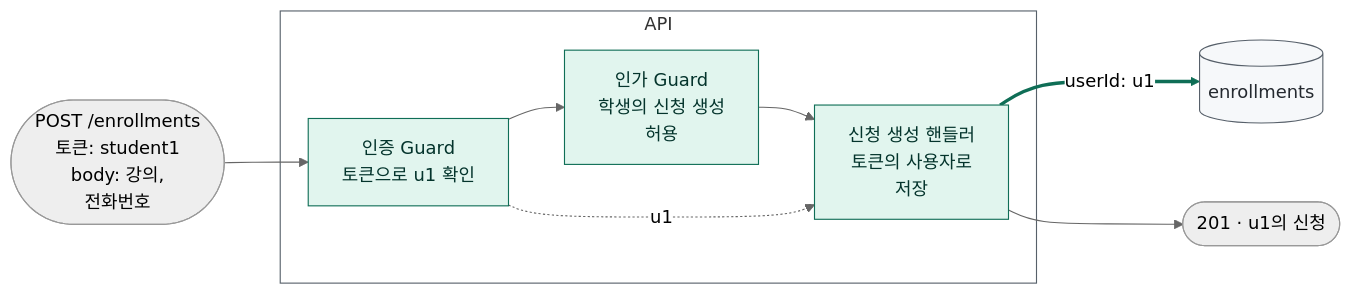
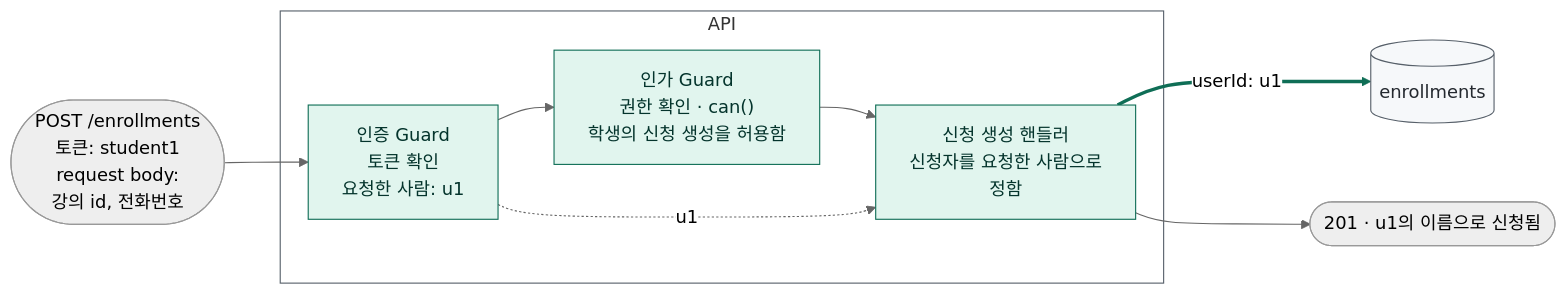
The fourth of 4 diagrams in docs/diagnosis/defect-8.md (loquemedalagana/secure-enroll-demo), drawn with Mermaid (neutral theme) before and after one commit. The commit also changed other lines of this file, not shown here.

Commit message:
docs: 결함 8 보고서 원인 그림과 조치 뒤 그림의 글자를 고침
'body'는 'request body'로, 'u2의 신청'은 기준 문서의 'u2의 이름으로 신청됨'으로 고쳤다.
핸들러 상자는 무엇을 저장하는지가 없던 'userId로 저장', '토큰의 사용자로 저장'을
'신청자를 request body의 userId로 정함', '신청자를 요청한 사람으로 정함'으로 고쳐
두 그림의 차이가 한 줄에서 보이게 했다.
Guard 상자에는 다른 보고서의 그림과 같이 '토큰 확인', '권한 확인 · can()'을 적었다.

````diff
--- a/docs/diagnosis/defect-8.md
+++ b/docs/diagnosis/defect-8.md
@@ -401,24 +401,24 @@
 ```mermaid
 flowchart LR
-  req(["POST /enrollments<br/>토큰: student1<br/>body: 강의,<br/>전화번호"])
+  req(["POST /enrollments<br/>토큰: student1<br/>request body:<br/>강의 id, 전화번호"])
 
   subgraph api["API"]
-    a["인증 Guard<br/>토큰으로 u1 확인"]
-    z["인가 Guard<br/>학생의 신청 생성<br/>허용"]
-    h["신청 생성 핸들러<br/>토큰의 사용자로<br/>저장"]
+    a["인증 Guard<br/>토큰 확인<br/>요청한 사람: u1"]
+    z["인가 Guard<br/>권한 확인 · can()<br/>학생의 신청 생성을 허용함"]
+    h["신청 생성 핸들러<br/>신청자를 요청한 사람으로<br/>정함"]
   end
 
   db[("enrollments")]
 
   req --> a --> z --> h
   a -. "u1" .-> h
   h == "userId: u1" ==> db
-  h --> res(["201 · u1의 신청"])
+  h --> res(["201 · u1의 이름으로 신청됨"])
 
   classDef safe fill:#E1F5EE,stroke:#0F6E56,color:#04342C
   classDef neutral fill:#f6f8fa,stroke:#57606a,color:#24292f
   class a,z,h safe
   class db neutral
   style api fill:none,stroke:#57606a
   linkStyle 4 stroke:#0F6E56,stroke-width:3px
 ```
````
